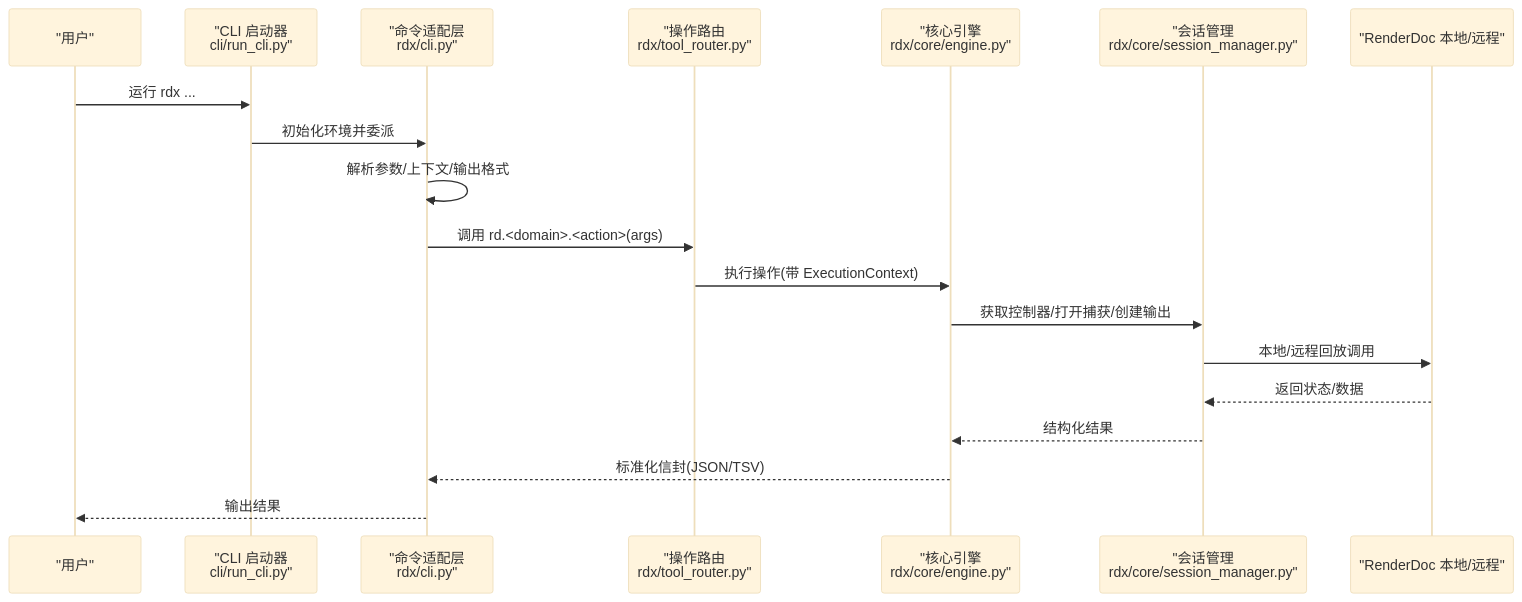
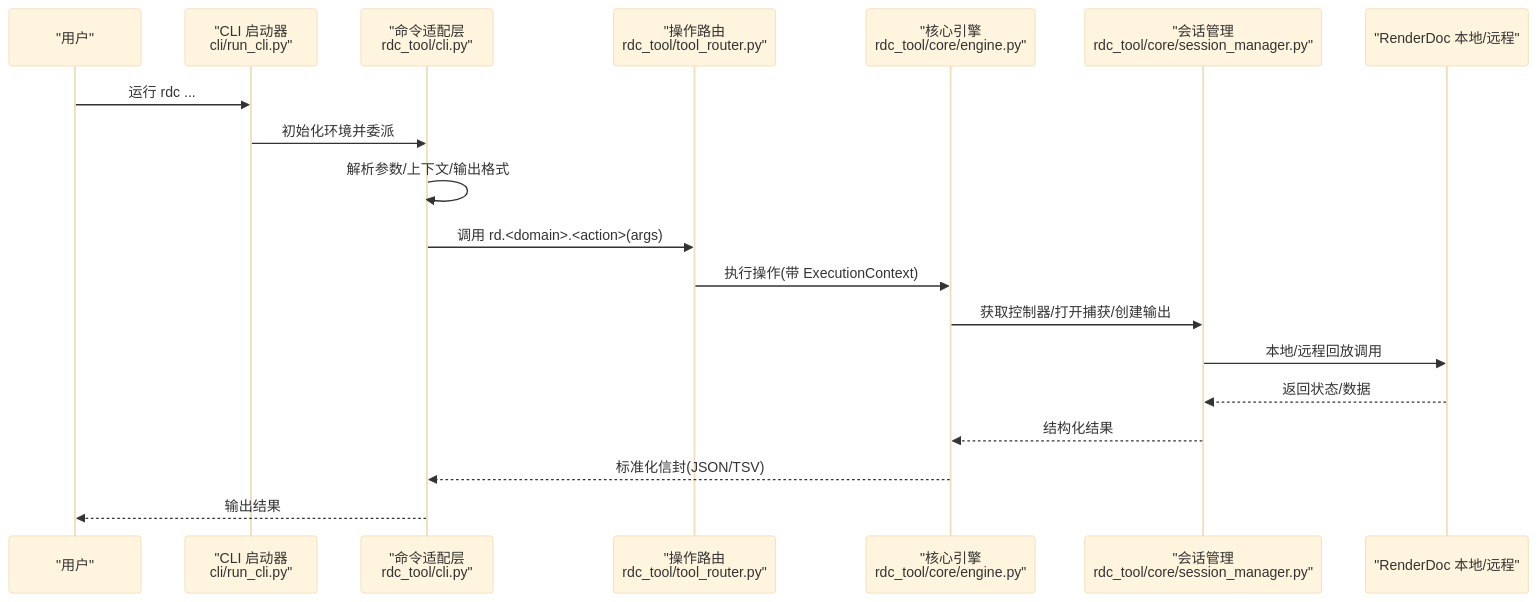
One commit to haolange/RDC-Tool changed the second of 7 diagrams in .qoder/repowiki/zh/content/项目概述/项目介绍.md. Above: the diagram before and after it, drawn with Mermaid (base theme). The commit also changed other lines of this file and 388 other files, not shown here.

First line of the commit message:
Release RDC-Tool identity and public maintenance surface

````diff
--- a/.qoder/repowiki/zh/content/项目概述/项目介绍.md
+++ b/.qoder/repowiki/zh/content/项目概述/项目介绍.md
@@ -104,21 +104,21 @@
 ```mermaid
 sequenceDiagram
 participant U as "用户"
 participant L as "CLI 启动器<br/>cli/run_cli.py"
-participant C as "命令适配层<br/>rdx/cli.py"
-participant R as "操作路由<br/>rdx/tool_router.py"
-participant E as "核心引擎<br/>rdx/core/engine.py"
-participant S as "会话管理<br/>rdx/core/session_manager.py"
+participant C as "命令适配层<br/>rdc_tool/cli.py"
+participant R as "操作路由<br/>rdc_tool/tool_router.py"
+participant E as "核心引擎<br/>rdc_tool/core/engine.py"
+participant S as "会话管理<br/>rdc_tool/core/session_manager.py"
 participant RD as "RenderDoc 本地/远程"
-U->>L : 运行 rdx ...
+U->>L : 运行 rdc ...
 L->>C : 初始化环境并委派
 C->>C : 解析参数/上下文/输出格式
 C->>R : 调用 rd.<domain>.<action>(args)
 R->>E : 执行操作(带 ExecutionContext)
 E->>S : 获取控制器/打开捕获/创建输出
 S->>RD : 本地/远程回放调用
 RD-->>S : 返回状态/数据
 S-->>E : 结构化结果
 E-->>C : 标准化信封(JSON/TSV)
 C-->>U : 输出结果
 ```
````
